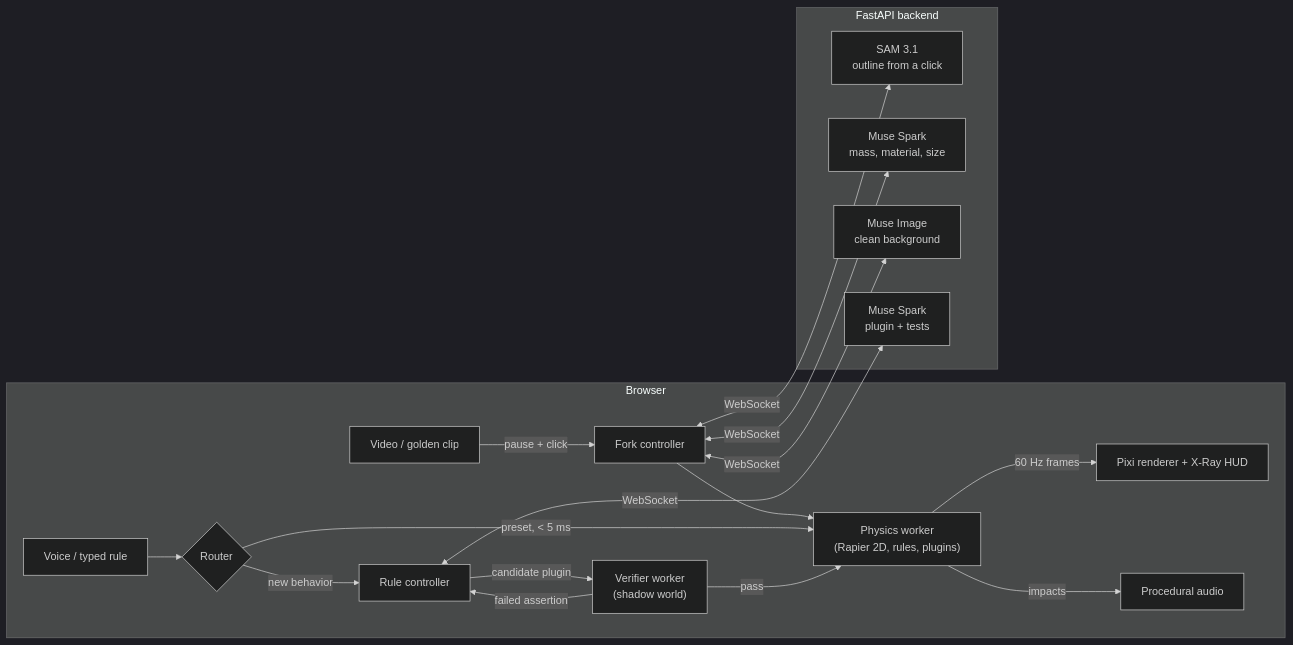
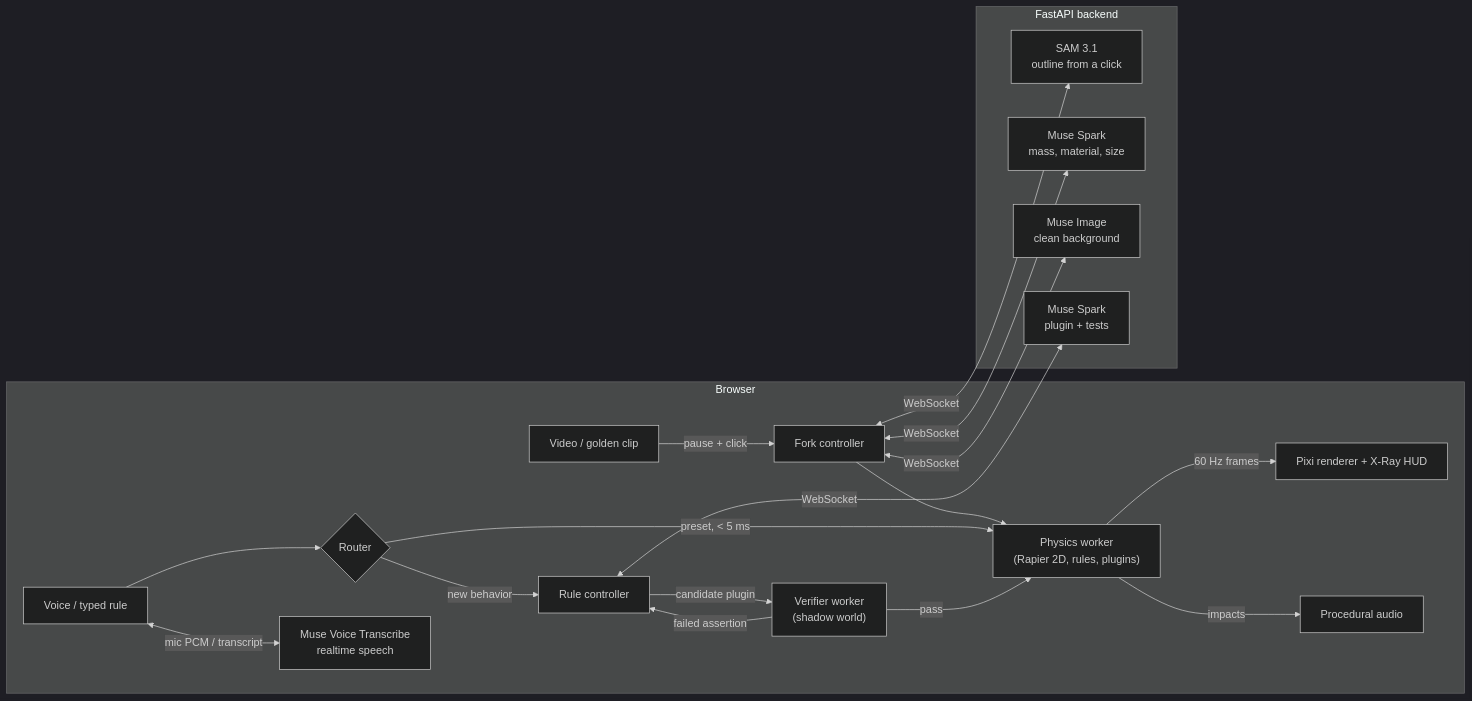
One commit to suryafk/scenefork changed the diagram in README.md. Above: the diagram before and after it, drawn with Mermaid (dark theme). The commit also changed other lines of this file and 15 other files, not shown here.

First line of the commit message:
Voice through Muse Voice Transcribe (realtime), Web Speech fallback

````diff
--- a/README.md
+++ b/README.md
@@ -13,23 +13,25 @@
 ```mermaid
 flowchart LR
   subgraph Browser
     V[Video / golden clip] -->|pause + click| F[Fork controller]
     F --> PW["Physics worker<br/>(Rapier 2D, rules, plugins)"]
     PW -->|60 Hz frames| R[Pixi renderer + X-Ray HUD]
     PW -->|impacts| A[Procedural audio]
     VC[Voice / typed rule] --> RT{Router}
+    VC <-->|mic PCM / transcript| T
     RT -->|preset, < 5 ms| PW
     RT -->|new behavior| RC[Rule controller]
     RC -->|candidate plugin| VW["Verifier worker<br/>(shadow world)"]
     VW -->|pass| PW
     VW -->|failed assertion| RC
   end
   subgraph Backend[FastAPI backend]
     S[SAM 3.1<br/>outline from a click]
     G[Muse Spark<br/>mass, material, size]
     I[Muse Image<br/>clean background]
     M[Muse Spark<br/>plugin + tests]
+    T[Muse Voice Transcribe<br/>realtime speech]
   end
   F <-->|WebSocket| S & G & I
   RC <-->|WebSocket| M
 ```
````
